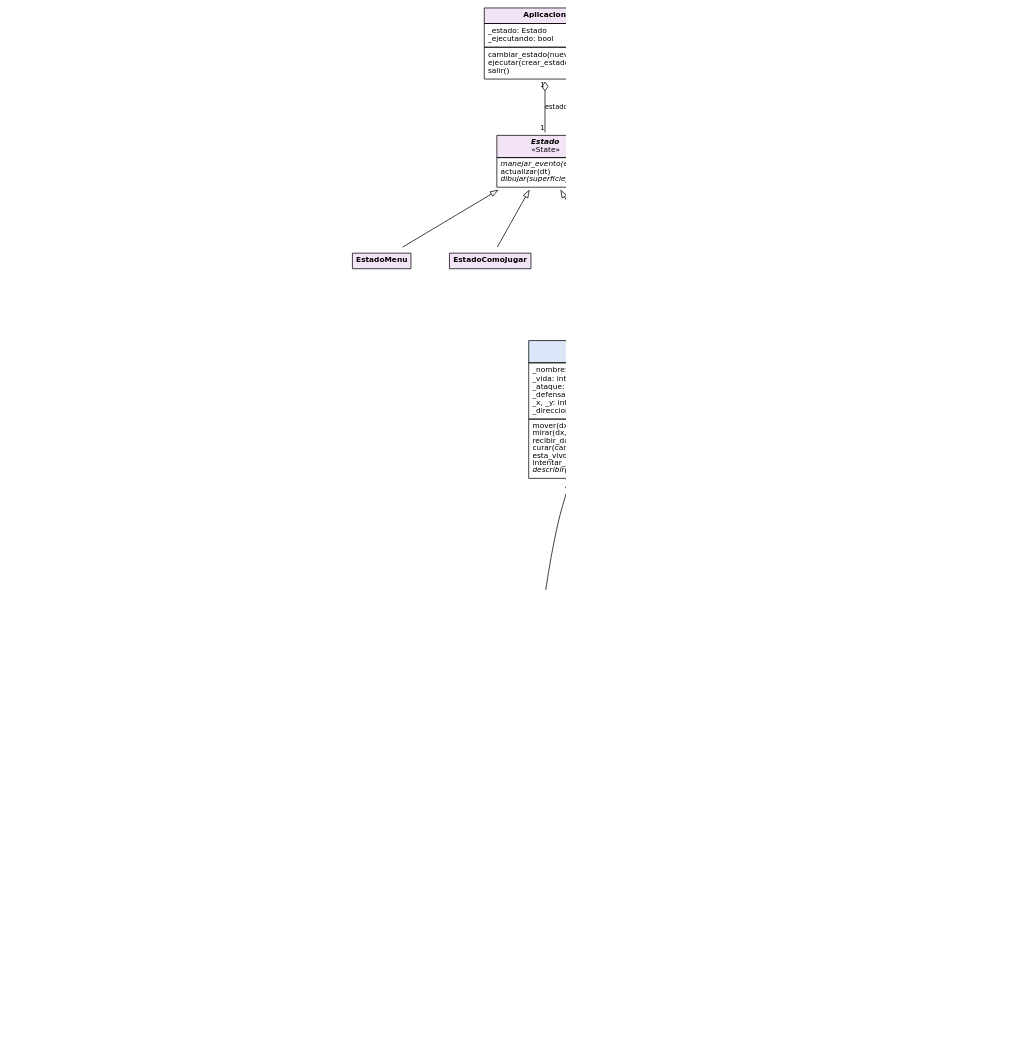
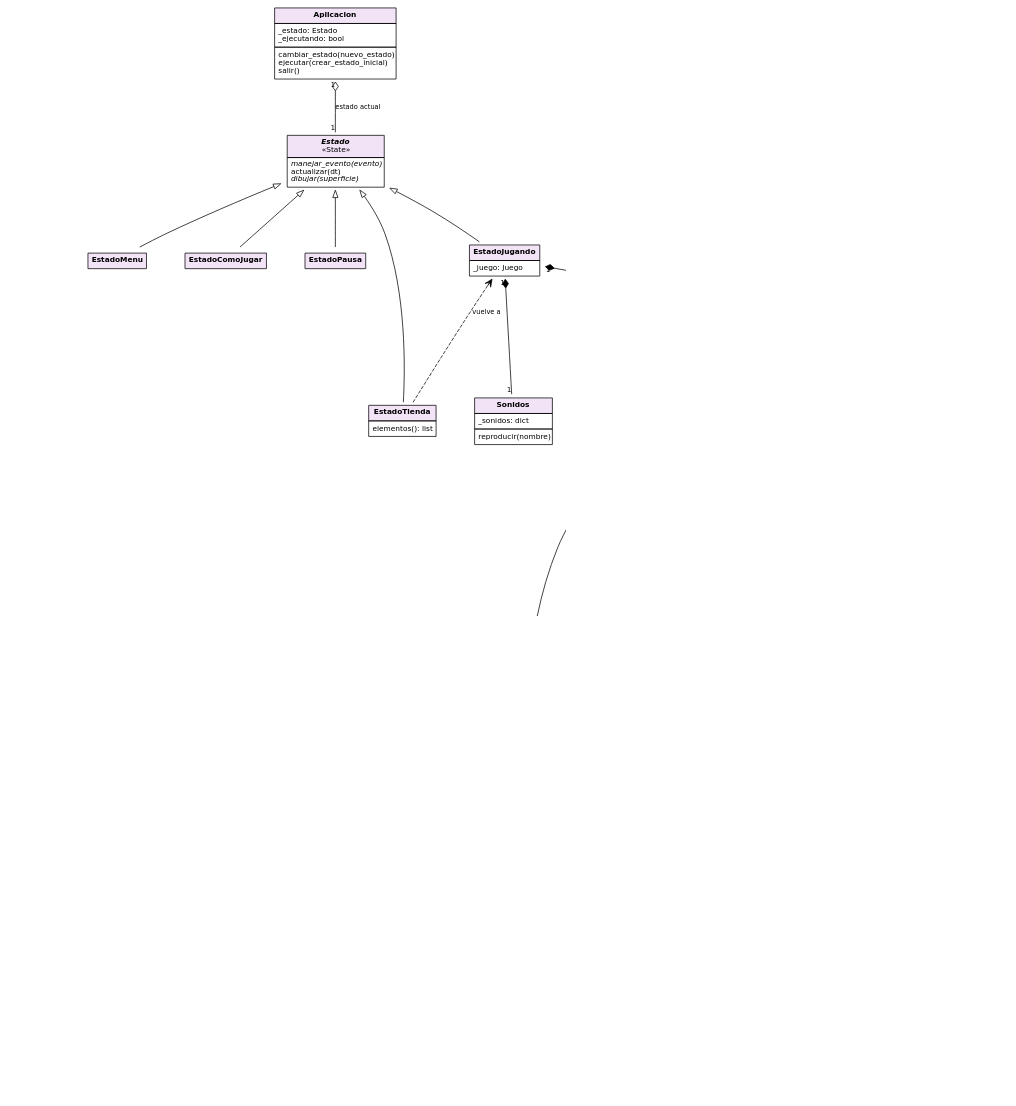
One commit to mastercelta/lpa1-taller-videojuegos changed the diagram in docs/diagrama_clases.dot. Above: the diagram before and after it, drawn with Graphviz. The commit also changed 1 other file, not shown here.

Commit message:
diagrama de clases: EstadoTienda, Sonidos, obstaculos, niebla y acciones de la tienda
Claude-Session: https://claude.ai/code/session_012rGapGVKsZqid5Cvb7fXWu

```diff
--- a/docs/diagrama_clases.dot
+++ b/docs/diagrama_clases.dot
@@ -1,112 +1,116 @@
 digraph Clases {
     graph [rankdir=BT, splines=true, nodesep=0.5, ranksep=0.8, fontname="DejaVu Sans", dpi=130];
     node  [shape=plaintext, fontname="DejaVu Sans", fontsize=10];
     edge  [fontname="DejaVu Sans", fontsize=9];
 
     Entidad [label=<<table border="0" cellborder="1" cellspacing="0" cellpadding="4">
         <tr><td bgcolor="#dae6f8"><i><b>Entidad</b></i><br/>«abstracta»</td></tr>
         <tr><td align="left">_nombre: str<br align="left"/>_vida: int<br align="left"/>_ataque: int<br align="left"/>_defensa: int<br align="left"/>_x, _y: int<br align="left"/>_direccion: str<br align="left"/></td></tr>
         <tr><td align="left">mover(dx, dy)<br align="left"/>mirar(dx, dy)<br align="left"/>recibir_daño(cantidad): int<br align="left"/>curar(cantidad)<br align="left"/>esta_vivo(): bool<br align="left"/>intentar_esquivar(probabilidad): bool<br align="left"/><i>describir(): str</i><br align="left"/></td></tr></table>>];
 
     Personaje [label=<<table border="0" cellborder="1" cellspacing="0" cellpadding="4">
         <tr><td bgcolor="#dae6f8"><b>Personaje</b></td></tr>
-        <tr><td align="left">_nivel: int<br align="left"/>_experiencia: int<br align="left"/>_inventario: list[Objeto]<br align="left"/>_puntos_commit: int<br align="left"/>_armamento_equipado: list[Armamento]<br align="left"/></td></tr>
+        <tr><td align="left">_nivel: int<br align="left"/>_experiencia: int<br align="left"/>_inventario: list[Objeto]<br align="left"/>_puntos_commit: int<br align="left"/>_armamento_equipado: list[Armamento]<br align="left"/>_puntos_commit_ganados: int<br align="left"/></td></tr>
         <tr><td align="left">recolectar(objeto)<br align="left"/>ganar_experiencia(cantidad): bool<br align="left"/>ganar_puntos_commit(cantidad)<br align="left"/>gastar_puntos_commit(cantidad): bool<br align="left"/>equipar(armamento)<br align="left"/>describir(): str<br align="left"/></td></tr></table>>];
 
     Enemigo [label=<<table border="0" cellborder="1" cellspacing="0" cellpadding="4">
         <tr><td bgcolor="#dae6f8"><b>Enemigo</b></td></tr>
         <tr><td align="left">_tipo: str<br align="left"/>_experiencia_otorgada: int<br align="left"/>_puntos_commit_otorgados: int<br align="left"/>_comportamiento: Comportamiento<br align="left"/></td></tr>
         <tr><td align="left">comportamiento_por_defecto(): Comportamiento<br align="left"/>vuela(): bool<br align="left"/>describir(): str<br align="left"/></td></tr></table>>];
 
     EnemigoBug [label=<<table border="0" cellborder="1" cellspacing="0" cellpadding="4">
         <tr><td bgcolor="#dae6f8"><b>EnemigoBug</b></td></tr>
         <tr><td align="left">DEBILIDAD: str<br align="left"/></td></tr>
         <tr><td align="left">es_debil_contra(nombre_arma): bool<br align="left"/></td></tr></table>>];
 
     Bugs [label=<<table border="0" cellborder="1" cellspacing="0" cellpadding="4">
         <tr><td bgcolor="#dae6f8"><b>EnemigoNullPointer · EnemigoBucleInfinito<br/>EnemigoVariableGlobal · EnemigoMemoryLeak</b></td></tr>
         <tr><td align="left">DEBILIDAD heredada o sobrescrita<br align="left"/></td></tr></table>>];
 
     EnemigoJefe [label=<<table border="0" cellborder="1" cellspacing="0" cellpadding="4">
         <tr><td bgcolor="#dae6f8"><b>EnemigoJefe</b></td></tr>
         <tr><td align="left">comportamiento_por_defecto(): Quieto<br align="left"/></td></tr></table>>];
 
     Objeto [label=<<table border="0" cellborder="1" cellspacing="0" cellpadding="4">
         <tr><td bgcolor="#dae6f8"><i><b>Objeto</b></i><br/>«abstracta»</td></tr>
         <tr><td align="left">_nombre: str<br align="left"/>_descripcion: str<br align="left"/></td></tr>
         <tr><td align="left"><i>describir(): str</i><br align="left"/></td></tr></table>>];
 
     Tesoro [label=<<table border="0" cellborder="1" cellspacing="0" cellpadding="4">
         <tr><td bgcolor="#dae6f8"><b>Tesoro</b></td></tr>
         <tr><td align="left">_valor_monetario: int<br align="left"/></td></tr></table>>];
 
     TrampaExplosiva [label=<<table border="0" cellborder="1" cellspacing="0" cellpadding="4">
         <tr><td bgcolor="#dae6f8"><b>TrampaExplosiva</b></td></tr>
         <tr><td align="left">_alcance_explosion: int<br align="left"/>_daño_explosion: int<br align="left"/></td></tr>
         <tr><td align="left">explotar(objetivos): dict<br align="left"/></td></tr></table>>];
 
     Armamento [label=<<table border="0" cellborder="1" cellspacing="0" cellpadding="4">
         <tr><td bgcolor="#dae6f8"><b>Armamento</b></td></tr>
         <tr><td align="left">_aumento_ataque: int<br align="left"/>_aumento_defensa: int<br align="left"/>_precio_compra: int<br align="left"/>_precio_venta: int<br align="left"/>_nivel_requerido: int<br align="left"/></td></tr></table>>];
 
     Comportamiento [label=<<table border="0" cellborder="1" cellspacing="0" cellpadding="4">
         <tr><td bgcolor="#e8f5e1"><i><b>Comportamiento</b></i><br/>«Strategy»</td></tr>
         <tr><td align="left"><i>decidir(desde, jugador, puede_ir): tuple</i><br align="left"/></td></tr></table>>];
     Quieto [label=<<table border="0" cellborder="1" cellspacing="0" cellpadding="4"><tr><td bgcolor="#e8f5e1"><b>Quieto</b></td></tr></table>>];
     Patrullar [label=<<table border="0" cellborder="1" cellspacing="0" cellpadding="4"><tr><td bgcolor="#e8f5e1"><b>Patrullar</b></td></tr><tr><td align="left">_horizontal: bool<br align="left"/></td></tr></table>>];
     Perseguir [label=<<table border="0" cellborder="1" cellspacing="0" cellpadding="4"><tr><td bgcolor="#e8f5e1"><b>Perseguir</b></td></tr><tr><td align="left">_radio: int<br align="left"/></td></tr></table>>];
 
     Juego [label=<<table border="0" cellborder="1" cellspacing="0" cellpadding="4">
         <tr><td bgcolor="#fdf0d5"><b>Juego</b></td></tr>
-        <tr><td align="left">_escenario: Escenario<br align="left"/>_personaje: Personaje<br align="left"/>_tienda: Tienda<br align="left"/>_jefe: EnemigoJefe<br align="left"/>_mensaje: str<br align="left"/>_resultado: str<br align="left"/></td></tr>
-        <tr><td align="left">mover(dx, dy)<br align="left"/>actualizar(dt)<br align="left"/>mover_enemigos()<br align="left"/>terminado(): bool<br align="left"/></td></tr></table>>];
+        <tr><td align="left">_escenario: Escenario<br align="left"/>_personaje: Personaje<br align="left"/>_tienda: Tienda<br align="left"/>_jefe: EnemigoJefe<br align="left"/>_mensaje: str<br align="left"/>_resultado: str<br align="left"/>_eventos: list[str]<br align="left"/></td></tr>
+        <tr><td align="left">mover(dx, dy)<br align="left"/>actualizar(dt)<br align="left"/>mover_enemigos()<br align="left"/>comprar(armamento): str<br align="left"/>vender(armamento): str<br align="left"/>equipar(armamento): str<br align="left"/>activar_trampa(): str<br align="left"/>tomar_eventos(): list<br align="left"/>terminado(): bool<br align="left"/></td></tr></table>>];
 
     Escenario [label=<<table border="0" cellborder="1" cellspacing="0" cellpadding="4">
         <tr><td bgcolor="#fdf0d5"><b>Escenario</b></td></tr>
-        <tr><td align="left">_ancho, _alto: int<br align="left"/>_enemigos: dict<br align="left"/>_objetos: dict<br align="left"/>_zona_venta: tuple<br align="left"/>_celdas_visitadas: set<br align="left"/></td></tr>
-        <tr><td align="left">generar(zona_venta, reservadas)<br align="left"/>distribuir_enemigos(enemigos)<br align="left"/>distribuir_objetos(objetos)<br align="left"/>puede_ocupar(pos, vuela): bool<br align="left"/>porcentaje_explorado(): float<br align="left"/></td></tr></table>>];
+        <tr><td align="left">_ancho, _alto: int<br align="left"/>_enemigos: dict<br align="left"/>_objetos: dict<br align="left"/>_zona_venta: tuple<br align="left"/>_celdas_visitadas: set<br align="left"/>_celdas_reveladas: set<br align="left"/>_obstaculos: set<br align="left"/></td></tr>
+        <tr><td align="left">generar(zona_venta, reservadas)<br align="left"/>distribuir_enemigos(enemigos)<br align="left"/>distribuir_objetos(objetos)<br align="left"/>puede_ocupar(pos, vuela): bool<br align="left"/>porcentaje_explorado(): float<br align="left"/>colocar_obstaculos(cantidad)<br align="left"/>revelada(pos): bool<br align="left"/></td></tr></table>>];
 
     Tienda [label=<<table border="0" cellborder="1" cellspacing="0" cellpadding="4">
         <tr><td bgcolor="#fdf0d5"><b>Tienda</b></td></tr>
         <tr><td align="left">_catalogo: list[Armamento]<br align="left"/></td></tr>
         <tr><td align="left">catalogo_para_nivel(nivel): list<br align="left"/>comprar(personaje, armamento): str<br align="left"/>vender(personaje, armamento): str<br align="left"/></td></tr></table>>];
 
     Combate [label=<<table border="0" cellborder="1" cellspacing="0" cellpadding="4">
         <tr><td bgcolor="#fdf0d5"><b>Combate</b></td></tr>
         <tr><td align="left">atacar(atacante, defensor): dict<br align="left"/>usar_trampa(trampa, objetivos): dict<br align="left"/>resolver_combate_enemigo(personaje, enemigo): list<br align="left"/></td></tr></table>>];
 
     Aplicacion [label=<<table border="0" cellborder="1" cellspacing="0" cellpadding="4">
         <tr><td bgcolor="#f3e3f7"><b>Aplicacion</b></td></tr>
         <tr><td align="left">_estado: Estado<br align="left"/>_ejecutando: bool<br align="left"/></td></tr>
         <tr><td align="left">cambiar_estado(nuevo_estado)<br align="left"/>ejecutar(crear_estado_inicial)<br align="left"/>salir()<br align="left"/></td></tr></table>>];
 
     Estado [label=<<table border="0" cellborder="1" cellspacing="0" cellpadding="4">
         <tr><td bgcolor="#f3e3f7"><i><b>Estado</b></i><br/>«State»</td></tr>
         <tr><td align="left"><i>manejar_evento(evento)</i><br align="left"/>actualizar(dt)<br align="left"/><i>dibujar(superficie)</i><br align="left"/></td></tr></table>>];
     EstadoMenu [label=<<table border="0" cellborder="1" cellspacing="0" cellpadding="4"><tr><td bgcolor="#f3e3f7"><b>EstadoMenu</b></td></tr></table>>];
     EstadoComoJugar [label=<<table border="0" cellborder="1" cellspacing="0" cellpadding="4"><tr><td bgcolor="#f3e3f7"><b>EstadoComoJugar</b></td></tr></table>>];
     EstadoJugando [label=<<table border="0" cellborder="1" cellspacing="0" cellpadding="4"><tr><td bgcolor="#f3e3f7"><b>EstadoJugando</b></td></tr><tr><td align="left">_juego: Juego<br align="left"/></td></tr></table>>];
     EstadoPausa [label=<<table border="0" cellborder="1" cellspacing="0" cellpadding="4"><tr><td bgcolor="#f3e3f7"><b>EstadoPausa</b></td></tr></table>>];
+    EstadoTienda [label=<<table border="0" cellborder="1" cellspacing="0" cellpadding="4"><tr><td bgcolor="#f3e3f7"><b>EstadoTienda</b></td></tr><tr><td align="left">elementos(): list<br align="left"/></td></tr></table>>];
+    Sonidos [label=<<table border="0" cellborder="1" cellspacing="0" cellpadding="4"><tr><td bgcolor="#f3e3f7"><b>Sonidos</b></td></tr><tr><td align="left">_sonidos: dict<br align="left"/></td></tr><tr><td align="left">reproducir(nombre)<br align="left"/></td></tr></table>>];
 
     edge [arrowhead=empty];
     Personaje -> Entidad; Enemigo -> Entidad;
     EnemigoBug -> Enemigo; Bugs -> EnemigoBug; EnemigoJefe -> EnemigoBug;
     Tesoro -> Objeto; TrampaExplosiva -> Objeto; Armamento -> Objeto;
     Quieto -> Comportamiento; Patrullar -> Comportamiento; Perseguir -> Comportamiento;
-    EstadoMenu -> Estado; EstadoComoJugar -> Estado; EstadoJugando -> Estado; EstadoPausa -> Estado;
+    EstadoMenu -> Estado; EstadoComoJugar -> Estado; EstadoJugando -> Estado; EstadoPausa -> Estado; EstadoTienda -> Estado;
 
     edge [arrowhead=none, dir=back];
     Comportamiento -> Enemigo [arrowhead=diamond, dir=forward, headlabel="1", taillabel="1"];
     Escenario -> Juego [arrowhead=diamond, dir=forward, headlabel="1", taillabel="1"];
     Personaje -> Juego [arrowhead=diamond, dir=forward, headlabel="1", taillabel="1"];
     Tienda -> Juego [arrowhead=diamond, dir=forward, headlabel="1", taillabel="1"];
     Enemigo -> Escenario [arrowhead=odiamond, dir=forward, headlabel="1", taillabel="0..*"];
     Objeto -> Escenario [arrowhead=odiamond, dir=forward, headlabel="1", taillabel="0..*"];
     Objeto -> Personaje [arrowhead=odiamond, dir=forward, headlabel="1", taillabel="0..*", label="inventario"];
     Armamento -> Tienda [arrowhead=odiamond, dir=forward, headlabel="1", taillabel="1..*", label="catálogo"];
     Estado -> Aplicacion [arrowhead=odiamond, dir=forward, headlabel="1", taillabel="1", label="estado actual"];
     Juego -> EstadoJugando [arrowhead=diamond, dir=forward, headlabel="1", taillabel="1"];
+    Sonidos -> EstadoJugando [arrowhead=diamond, dir=forward, headlabel="1", taillabel="1"];
 
     edge [arrowhead=vee, dir=forward, style=dashed, arrowtail=none];
     Juego -> Combate [label="usa"];
+    EstadoTienda -> EstadoJugando [label="vuelve a"];
 }
```
